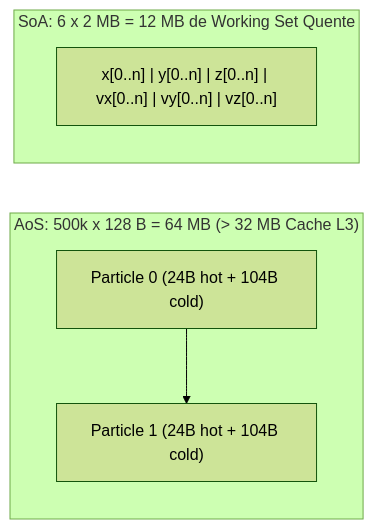
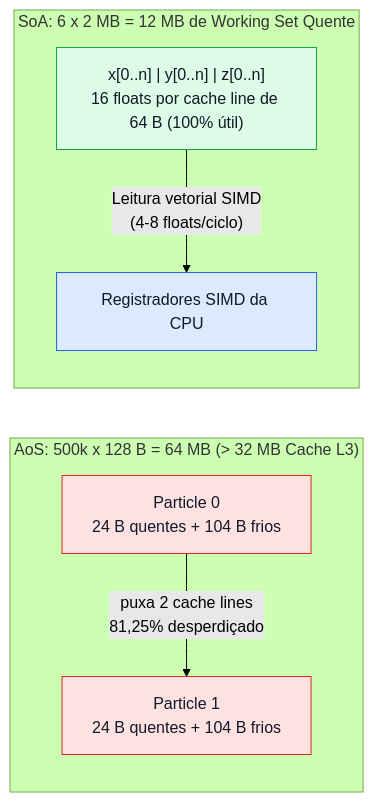
One commit to LevyArsOS/cpp-lessons changed the diagram in lessons/SoaVsAos/Tutorial/pt-br.md. Above: the diagram before and after it, drawn with Mermaid (forest theme). The commit also changed other lines of this file and 9 other files, not shown here.

First line of the commit message:
docs(tutorials): upgrade Mermaid diagrams and clarify systems jargon

````diff
--- a/lessons/SoaVsAos/Tutorial/pt-br.md
+++ b/lessons/SoaVsAos/Tutorial/pt-br.md
@@ -40,9 +40,14 @@
 ```mermaid
 flowchart LR
-    subgraph AoS["AoS: 500k x 128 B = 64 MB (> 32 MB Cache L3)"]
-        A0["Particle 0 (24B hot + 104B cold)"] --> A1["Particle 1 (24B hot + 104B cold)"]
+    classDef slow fill:#fee2e2,stroke:#dc2626,color:#111827
+    classDef fast fill:#dcfce7,stroke:#16a34a,color:#111827
+    classDef cpu fill:#dbeafe,stroke:#2563eb,color:#111827
+    classDef warn fill:#fef3c7,stroke:#d97706,color:#111827
+
+    subgraph AoS["AoS: 500k x 128 B = 64 MB (&gt; 32 MB Cache L3)"]
+        A0["Particle 0<br/>24 B quentes + 104 B frios"]:::slow -->|"puxa 2 cache lines<br/>81,25% desperdiçado"| A1["Particle 1<br/>24 B quentes + 104 B frios"]:::slow
     end
     subgraph SoA["SoA: 6 x 2 MB = 12 MB de Working Set Quente"]
-        S0["x[0..n] | y[0..n] | z[0..n] | vx[0..n] | vy[0..n] | vz[0..n]"]
+        S0["x[0..n] | y[0..n] | z[0..n]<br/>16 floats por cache line de 64 B (100% útil)"]:::fast -->|"Leitura vetorial SIMD<br/>(4-8 floats/ciclo)"| CPU["Registradores SIMD da CPU"]:::cpu
     end
 ```
````
